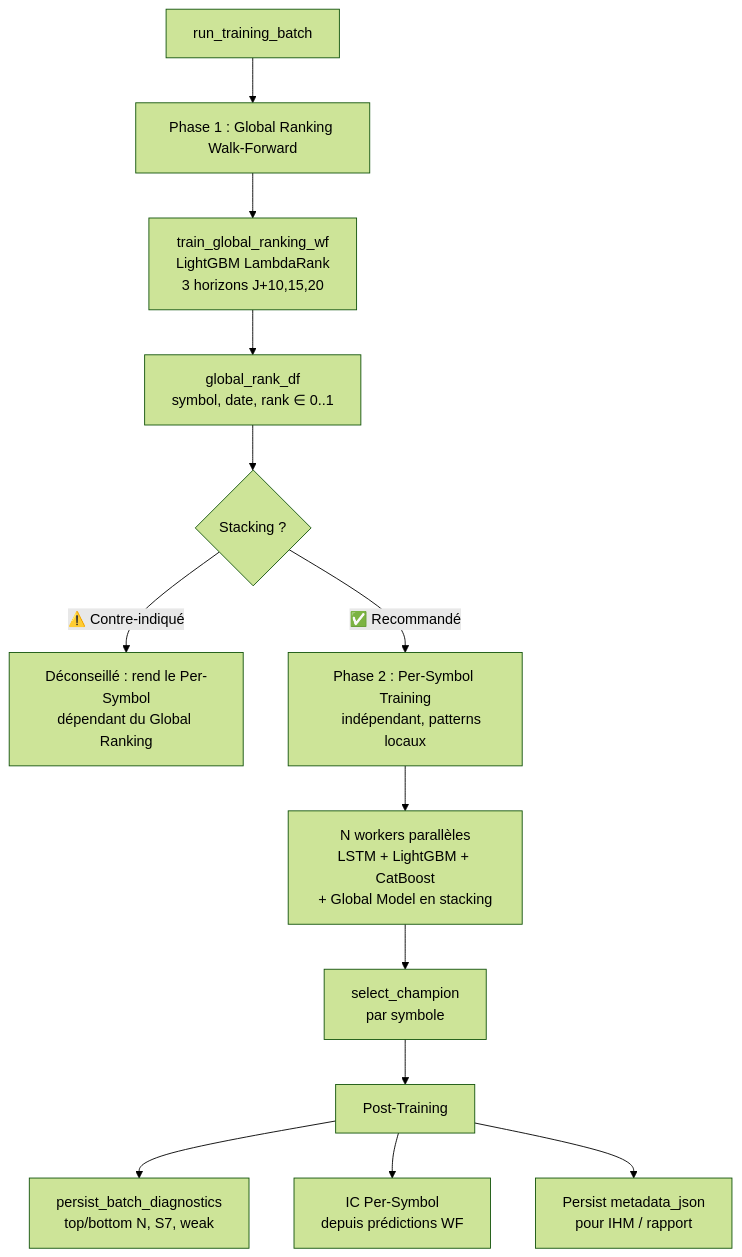
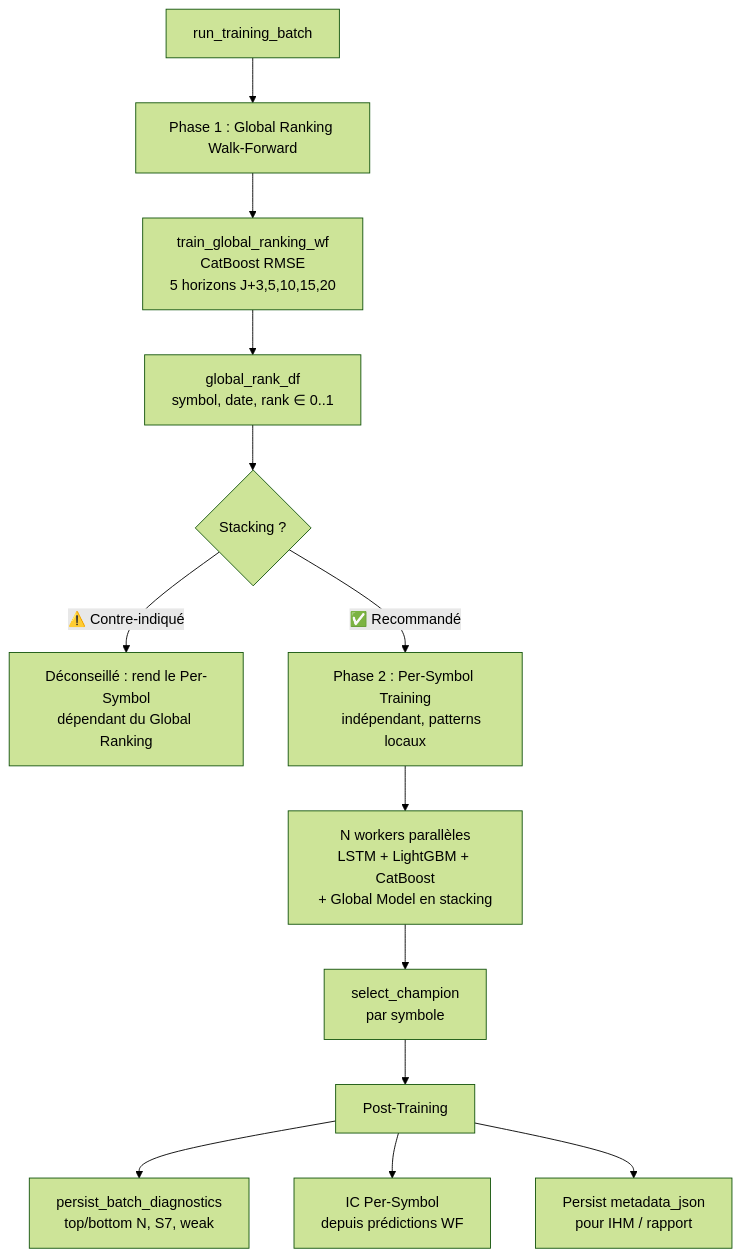
One commit to mli2000fr/alpha_trade changed the diagram in doc/module_model_factory.md. Above: the diagram before and after it, drawn with Mermaid (forest theme). The commit also changed other lines of this file and 2 other files, not shown here.

````diff
--- a/doc/module_model_factory.md
+++ b/doc/module_model_factory.md
@@ -49,19 +49,19 @@
 ```mermaid
 flowchart TD
     A[run_training_batch] --> B[Phase 1 : Global Ranking Walk-Forward]
-    B --> B1[train_global_ranking_wf<br/>LightGBM LambdaRank<br/>3 horizons J+10,15,20]
+    B --> B1[train_global_ranking_wf<br/>CatBoost RMSE<br/>5 horizons J+3,5,10,15,20]
     B1 --> B2[global_rank_df<br/>symbol, date, rank ∈ 0..1]
     
     B2 --> C{Stacking ?}
     C -->|⚠️ Contre-indiqué| D[Déconseillé : rend le Per-Symbol<br/>dépendant du Global Ranking]
     C -->|✅ Recommandé| E[Phase 2 : Per-Symbol Training
     indépendant, patterns locaux]
     
     E --> E1[N workers parallèles<br/>LSTM + LightGBM + CatBoost<br/>+ Global Model en stacking]
     E1 --> E2[select_champion<br/>par symbole]
     
     E2 --> F[Post-Training]
     F --> F1[persist_batch_diagnostics<br/>top/bottom N, S7, weak]
     F --> F2[IC Per-Symbol<br/>depuis prédictions WF]
     F --> F3[Persist metadata_json<br/>pour IHM / rapport]
 ```
````
